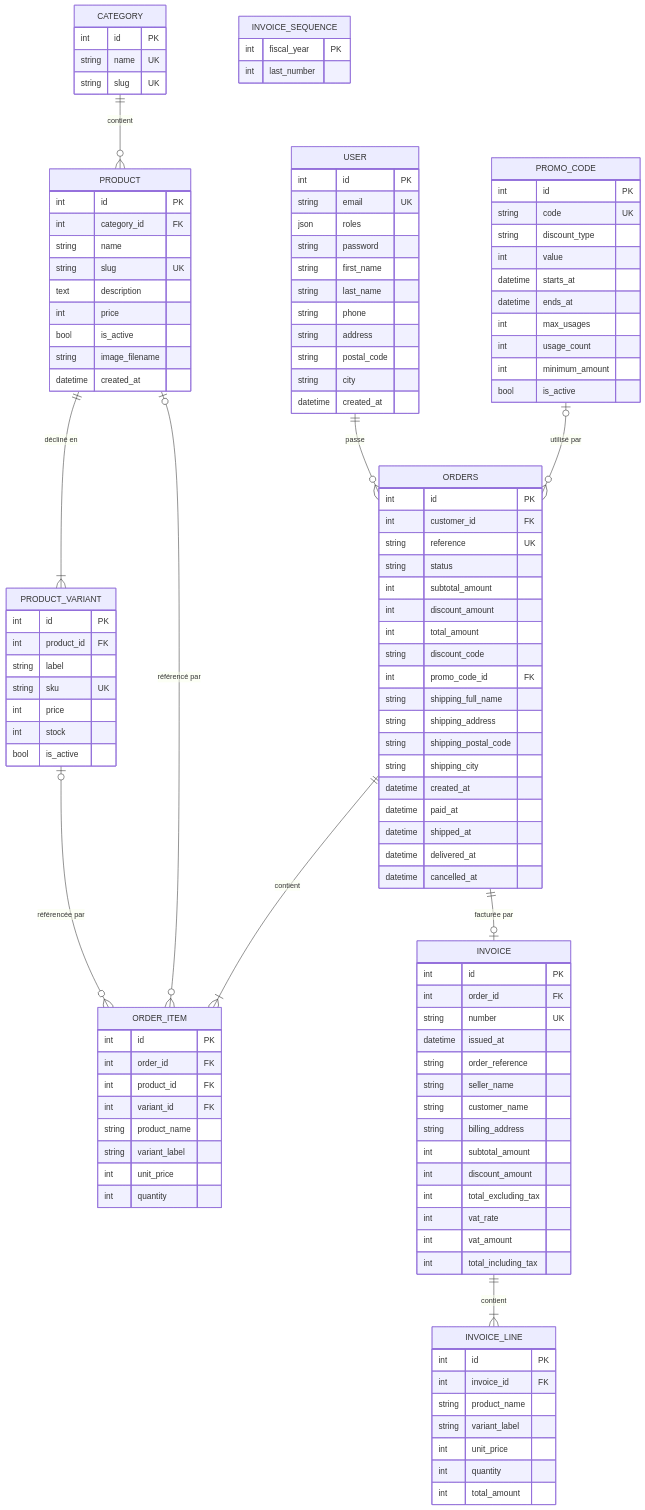
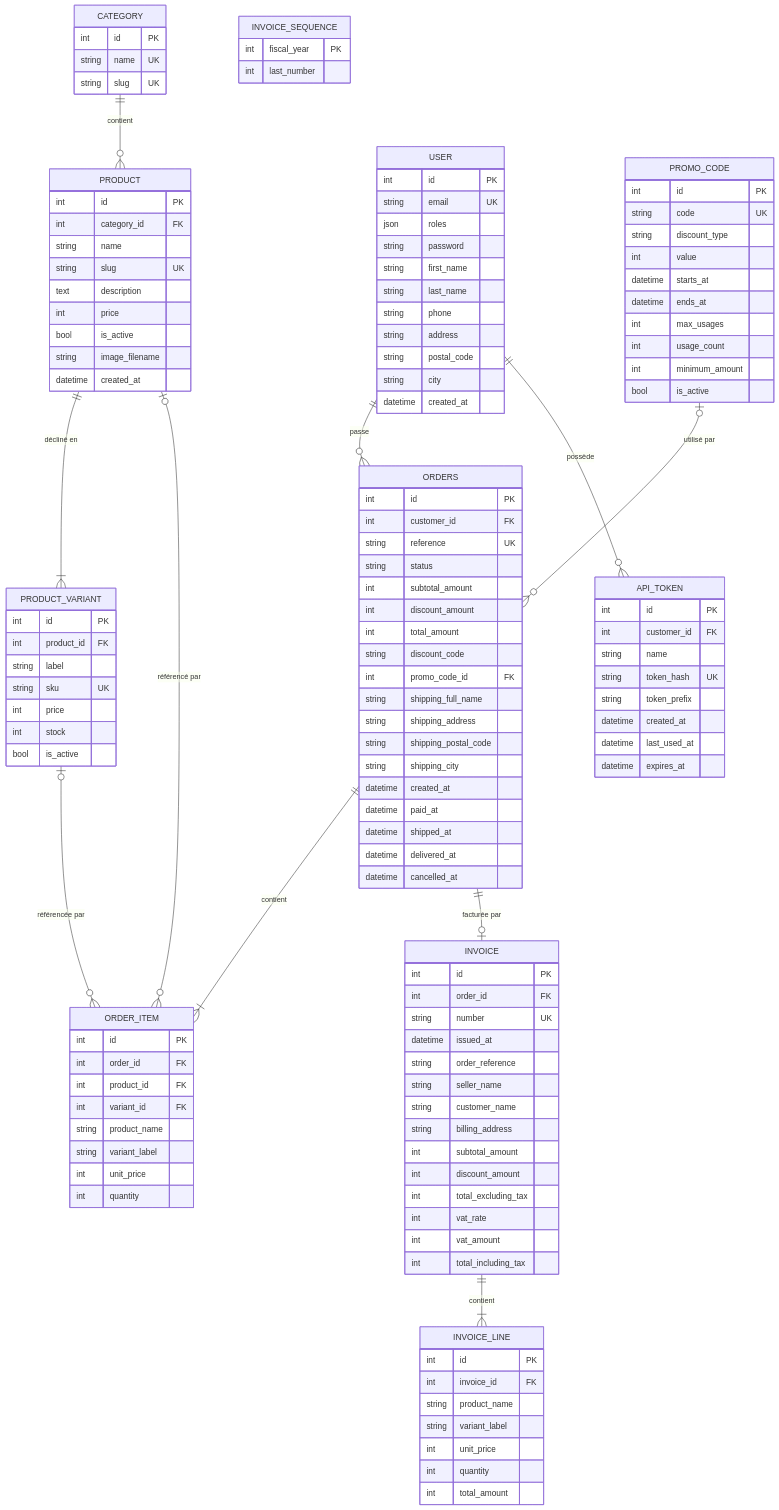
The diagram in docs/modele-de-donnees.md (Math-Pav/e-commerce), drawn with Mermaid before and after one commit. The commit also changed other lines of this file and 4 other files, not shown here.

Commit message:
Ajoute l'entité ApiToken et sa migration

```diff
--- a/docs/modele-de-donnees.md
+++ b/docs/modele-de-donnees.md
@@ -10,6 +10,7 @@
     PRODUCT ||--|{ PRODUCT_VARIANT : "décliné en"
     PRODUCT_VARIANT |o--o{ ORDER_ITEM : "référencée par"
     USER ||--o{ ORDERS : passe
+    USER ||--o{ API_TOKEN : possède
     ORDERS ||--|{ ORDER_ITEM : contient
     PRODUCT |o--o{ ORDER_ITEM : "référencé par"
     PROMO_CODE |o--o{ ORDERS : "utilisé par"
@@ -53,6 +54,16 @@
         string postal_code
         string city
         datetime created_at
+    }
+    API_TOKEN {
+        int id PK
+        int customer_id FK
+        string name
+        string token_hash UK
+        string token_prefix
+        datetime created_at
+        datetime last_used_at
+        datetime expires_at
     }
     ORDERS {
         int id PK
```
